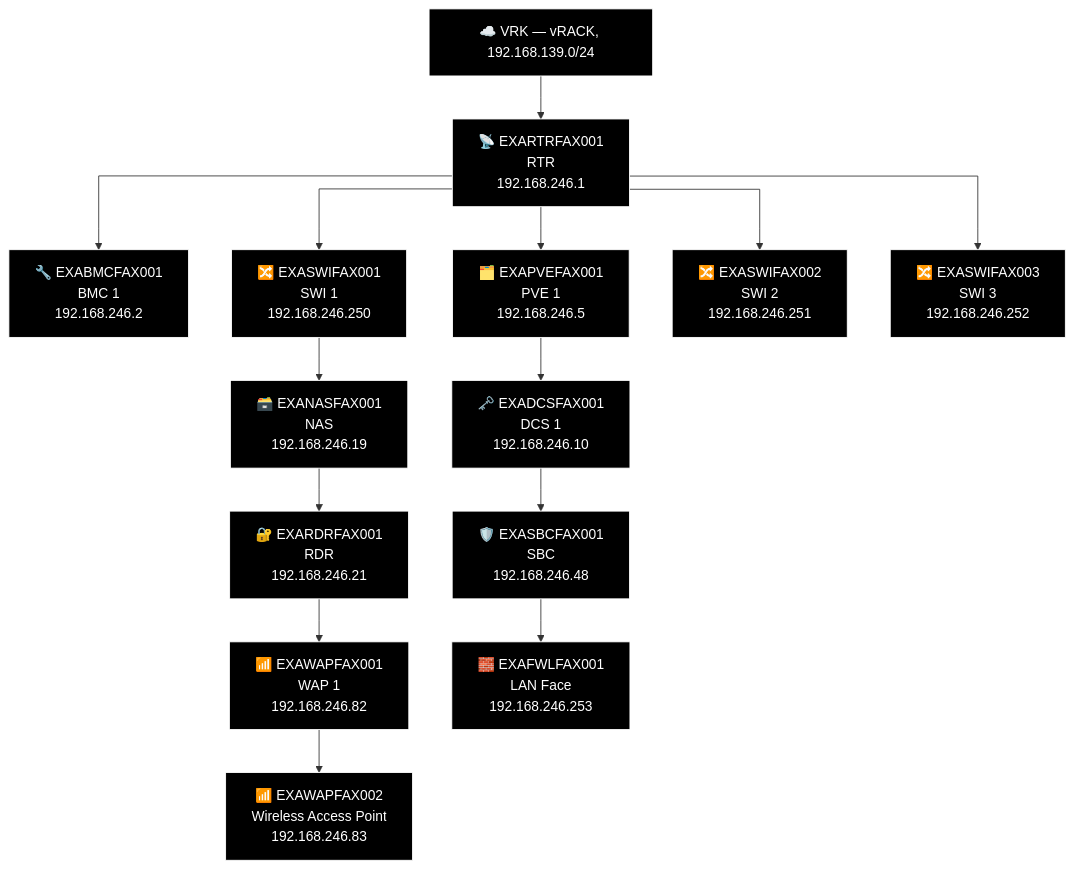
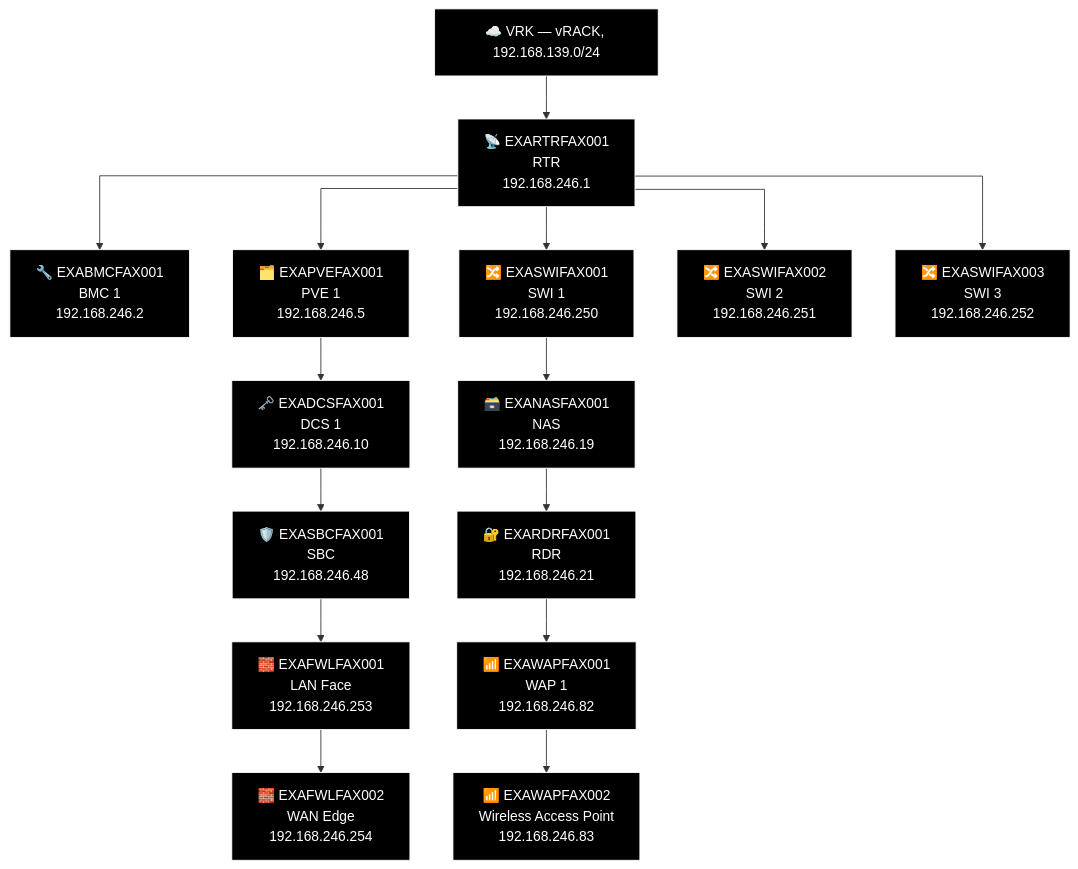
Diagram 11 of 23 in docs/network-diagram/danmark.md (knightmare2600/example_music_infra), drawn with Mermaid before and after one commit. The commit also changed 19 other files, not shown here.

````diff
--- a/docs/network-diagram/danmark.md
+++ b/docs/network-diagram/danmark.md
@@ -511,42 +511,44 @@
 ```mermaid
 %% GENERATED:TOPOLOGY:FAX:START
 %%{init: {'flowchart': {'curve': 'stepAfter'}}}%%
 graph TD
     T_VRK["☁️ VRK — vRACK, 192.168.139.0/24"]
     T_RTR["📡 EXARTRFAX001<br/>RTR<br/>192.168.246.1"]
     T_VRK --> T_RTR
     T_BMC["🔧 EXABMCFAX001<br/>BMC 1<br/>192.168.246.2"]
     T_RTR --> T_BMC
     T_PVE["🗂️ EXAPVEFAX001<br/>PVE 1<br/>192.168.246.5"]
     T_RTR --> T_PVE
     T_SWI["🔀 EXASWIFAX001<br/>SWI 1<br/>192.168.246.250"]
     T_RTR --> T_SWI
     T_SWI2["🔀 EXASWIFAX002<br/>SWI 2<br/>192.168.246.251"]
     T_RTR --> T_SWI2
     T_SWI3["🔀 EXASWIFAX003<br/>SWI 3<br/>192.168.246.252"]
     T_RTR --> T_SWI3
     T_NAS["🗃️ EXANASFAX001<br/>NAS<br/>192.168.246.19"]
     T_RDR["🔐 EXARDRFAX001<br/>RDR<br/>192.168.246.21"]
     T_WAP["📶 EXAWAPFAX001<br/>WAP 1<br/>192.168.246.82"]
     T_WAP2["📶 EXAWAPFAX002<br/>Wireless Access Point<br/>192.168.246.83"]
     T_SWI --> T_NAS --> T_RDR --> T_WAP --> T_WAP2
     T_DCS["🗝️ EXADCSFAX001<br/>DCS 1<br/>192.168.246.10"]
     T_SBC["🛡️ EXASBCFAX001<br/>SBC<br/>192.168.246.48"]
     T_FWL["🧱 EXAFWLFAX001<br/>LAN Face<br/>192.168.246.253"]
-    T_PVE --> T_DCS --> T_SBC --> T_FWL
+    T_FWL2["🧱 EXAFWLFAX002<br/>WAN Edge<br/>192.168.246.254"]
+    T_PVE --> T_DCS --> T_SBC --> T_FWL --> T_FWL2
     style T_VRK fill:#000000,stroke:#FFFFFF,color:#FFFFFF
     style T_RTR fill:#000000,stroke:#FFFFFF,color:#FFFFFF
     style T_BMC fill:#000000,stroke:#FFFFFF,color:#FFFFFF
     style T_PVE fill:#000000,stroke:#FFFFFF,color:#FFFFFF
     style T_SWI fill:#000000,stroke:#FFFFFF,color:#FFFFFF
     style T_SWI2 fill:#000000,stroke:#FFFFFF,color:#FFFFFF
     style T_SWI3 fill:#000000,stroke:#FFFFFF,color:#FFFFFF
     style T_NAS fill:#000000,stroke:#FFFFFF,color:#FFFFFF
     style T_RDR fill:#000000,stroke:#FFFFFF,color:#FFFFFF
     style T_WAP fill:#000000,stroke:#FFFFFF,color:#FFFFFF
     style T_WAP2 fill:#000000,stroke:#FFFFFF,color:#FFFFFF
     style T_DCS fill:#000000,stroke:#FFFFFF,color:#FFFFFF
     style T_SBC fill:#000000,stroke:#FFFFFF,color:#FFFFFF
     style T_FWL fill:#000000,stroke:#FFFFFF,color:#FFFFFF
+    style T_FWL2 fill:#000000,stroke:#FFFFFF,color:#FFFFFF
 %% GENERATED:TOPOLOGY:FAX:END
 ```
````
